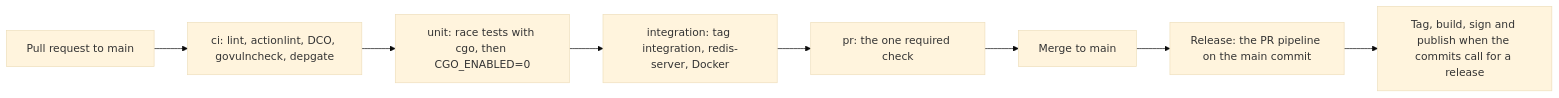
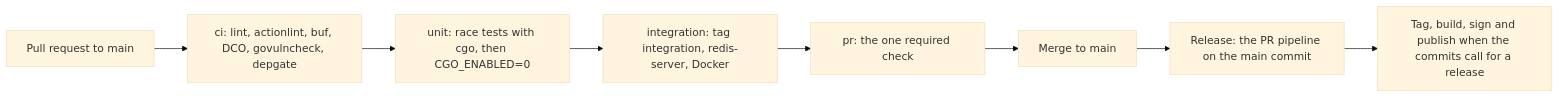
One commit to ravindu-rev/ruralz changed the first of 2 diagrams in docs/engineering/03-testing-and-quality-strategy.md. Above: the diagram before and after it, drawn with Mermaid (base theme). The commit also changed other lines of this file and 27 other files, not shown here.

````diff
--- a/docs/engineering/03-testing-and-quality-strategy.md
+++ b/docs/engineering/03-testing-and-quality-strategy.md
@@ -35,10 +35,10 @@
 ```mermaid
 flowchart LR
-    pr["Pull request to main"] --> ci["ci: lint, actionlint, DCO, govulncheck, depgate"]
+    pr["Pull request to main"] --> ci["ci: lint, actionlint, buf, DCO, govulncheck, depgate"]
     ci --> unit["unit: race tests with cgo, then CGO_ENABLED=0"]
     unit --> integ["integration: tag integration, redis-server, Docker"]
     integ --> req["pr: the one required check"]
     req --> merge["Merge to main"]
     merge --> again["Release: the PR pipeline on the main commit"]
     again --> pub["Tag, build, sign and publish when the commits call for a release"]
 ```
````
